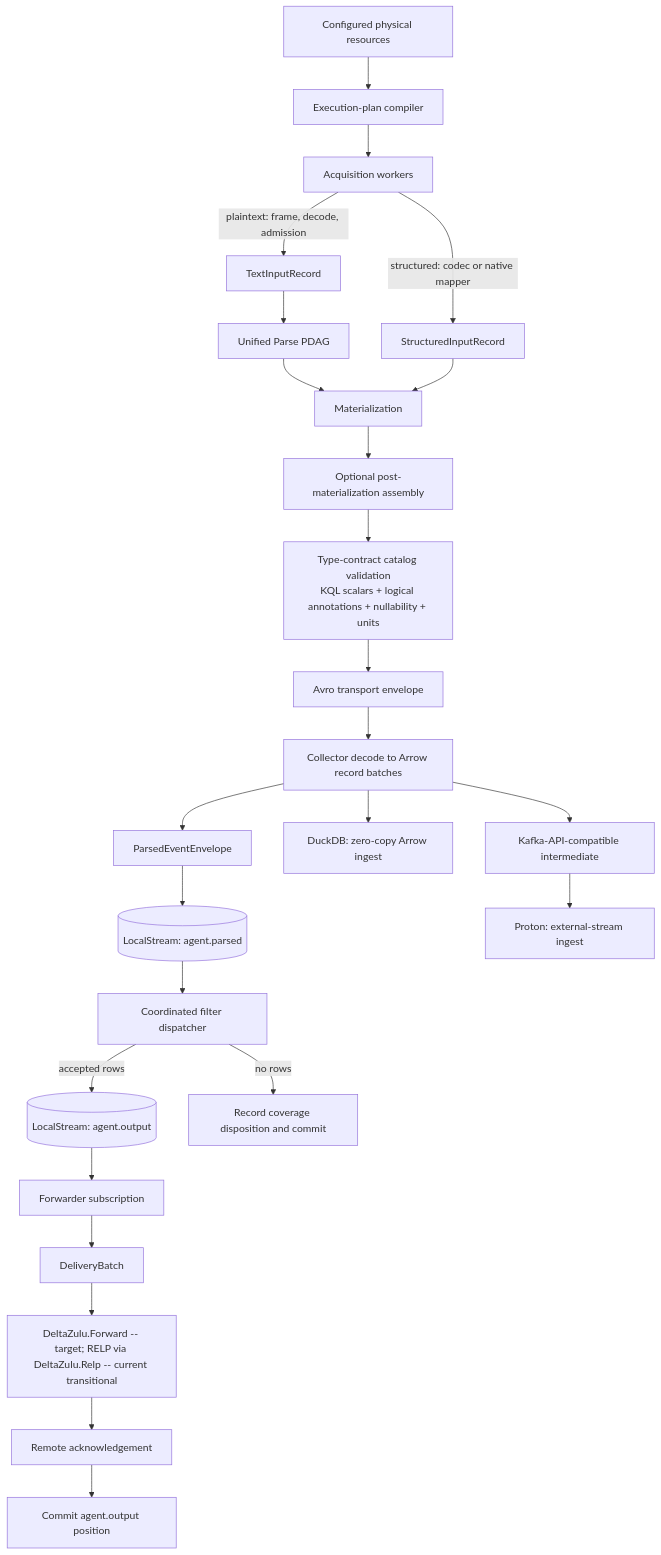
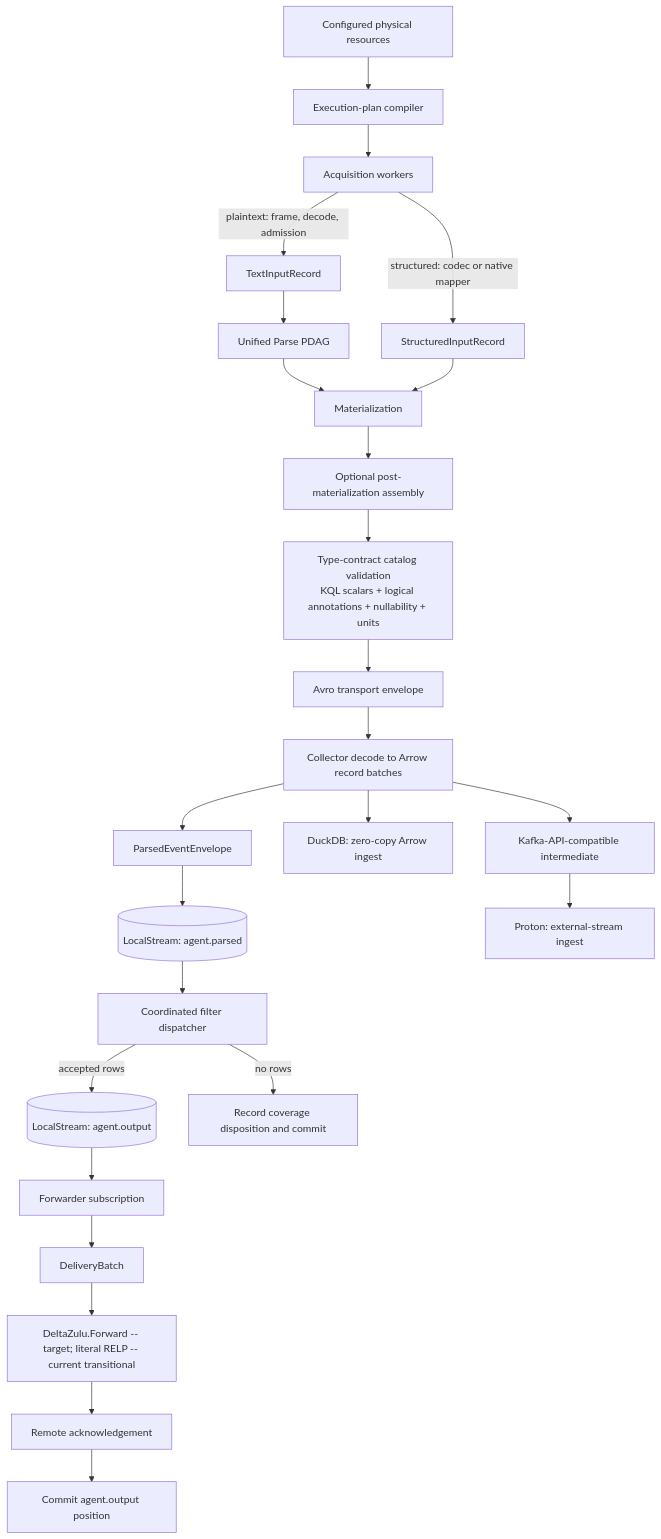
One commit to DeltaZulu-OU/DeltaZulu.Agent changed the diagram in docs/ARCHITECTURE.md. Above: the diagram before and after it, drawn with Mermaid. The commit also changed 4 other files, not shown here.

First line of the commit message:
Bump DeltaZulu.Forward to 0.3.0 and drop stale DeltaZulu.Relp references

````diff
--- a/docs/ARCHITECTURE.md
+++ b/docs/ARCHITECTURE.md
@@ -48,28 +48,28 @@
 ```mermaid
 flowchart TD
     R[Configured physical resources] --> P[Execution-plan compiler]
     P --> A[Acquisition workers]
     A -->|plaintext: frame, decode, admission| T[TextInputRecord]
     A -->|structured: codec or native mapper| S[StructuredInputRecord]
     T --> N[Unified Parse PDAG]
     N --> M[Materialization]
     S --> M
     M --> AS[Optional post-materialization assembly]
     AS --> SC[Type-contract catalog validation
 KQL scalars + logical annotations + nullability + units]
     SC --> AV[Avro transport envelope]
     AV --> AR[Collector decode to Arrow record batches]
     AR --> PE[ParsedEventEnvelope]
     PE --> PS[(LocalStream: agent.parsed)]
     PS --> FD[Coordinated filter dispatcher]
     FD -->|accepted rows| OS[(LocalStream: agent.output)]
     FD -->|no rows| D[Record coverage disposition and commit]
     OS --> RF[Forwarder subscription]
     RF --> B[DeliveryBatch]
-    B --> FWD[DeltaZulu.Forward -- target; RELP via DeltaZulu.Relp -- current transitional]
+    B --> FWD[DeltaZulu.Forward -- target; literal RELP -- current transitional]
     FWD --> ACK[Remote acknowledgement]
     ACK --> C[Commit agent.output position]
     AR --> DDB[DuckDB: zero-copy Arrow ingest]
     AR --> KI[Kafka-API-compatible intermediate]
     KI --> PROTON[Proton: external-stream ingest]
 ```
````
